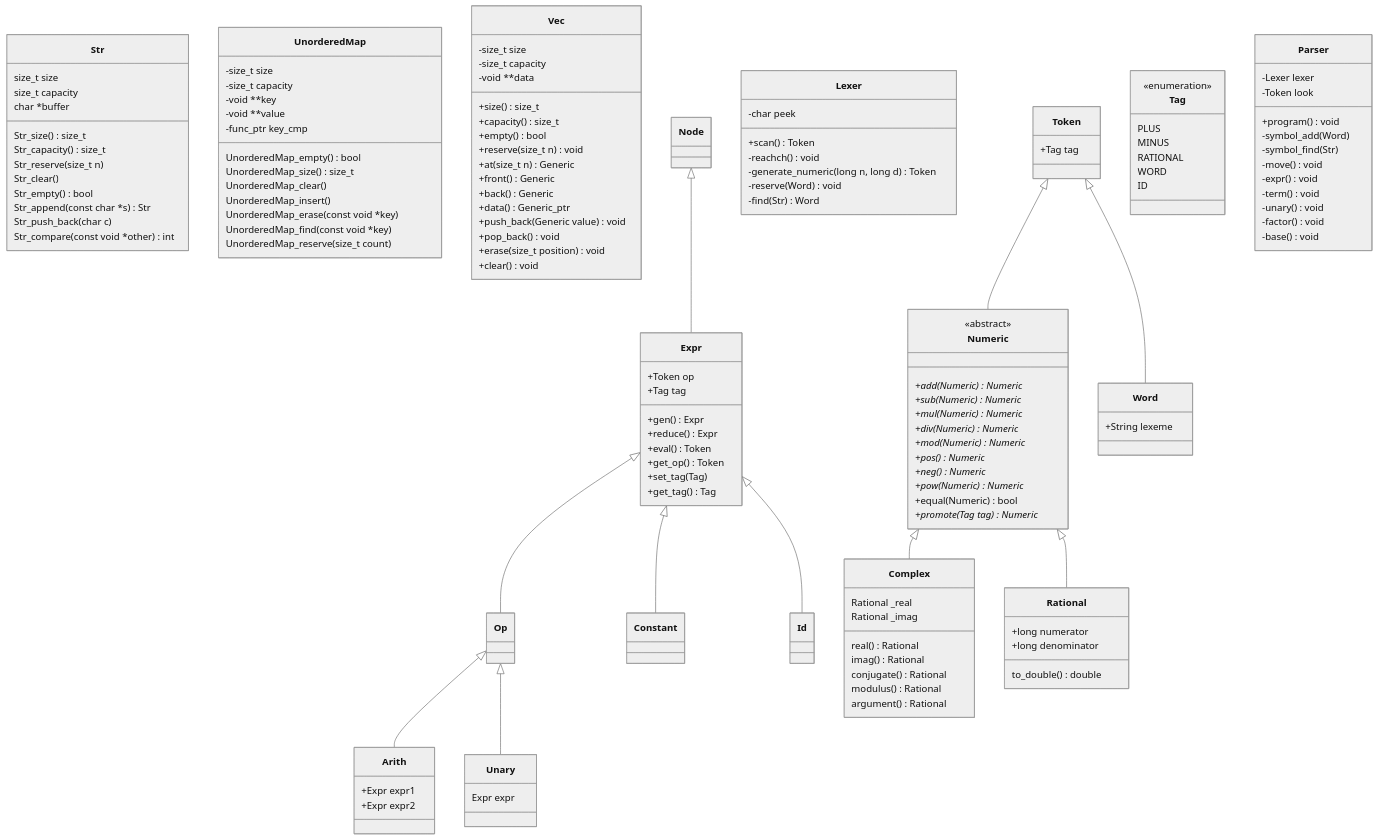
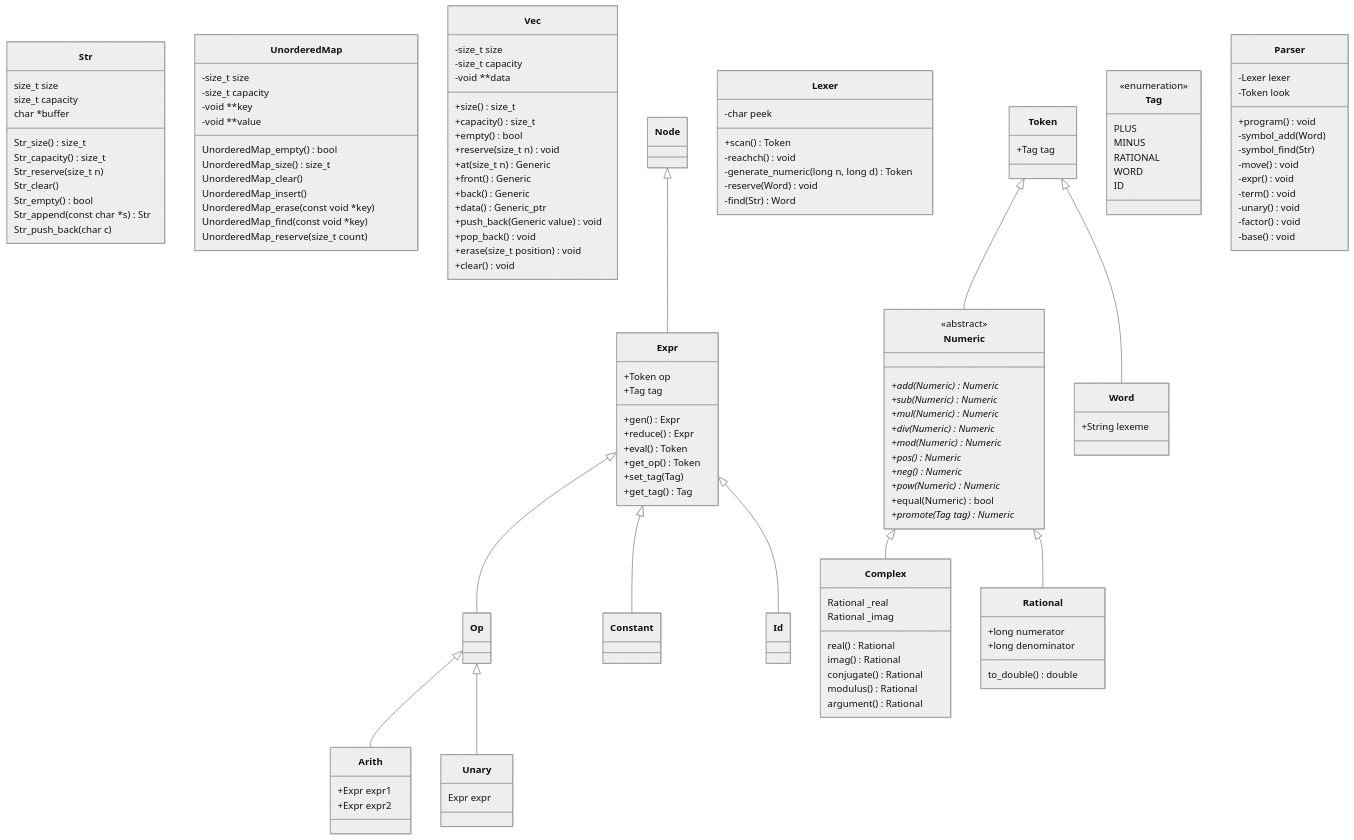
The diagram in diagram.md (nwhean/42_computorv), drawn with Mermaid (neutral theme) before and after one commit. The commit also changed 12 other files, not shown here.

```diff
--- a/diagram.md
+++ b/diagram.md
@@ -13,7 +13,6 @@
 		Str_empty() bool
 		Str_append(const char *s) Str
 		Str_push_back(char c)
-		Str_compare(const void *other) int
 	}
 
 	class UnorderedMap {
@@ -21,7 +20,6 @@
 		-size_t capacity
 		-void **key
 		-void **value
-		-func_ptr key_cmp
 		UnorderedMap_empty() bool
 		UnorderedMap_size() size_t
 		UnorderedMap_clear()
```
